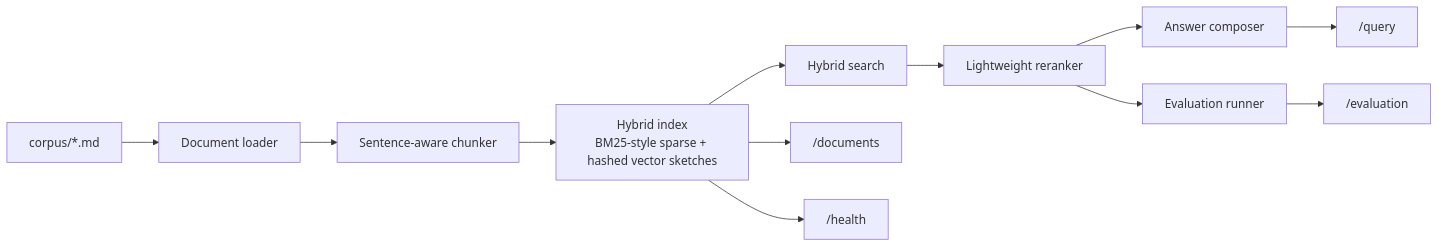
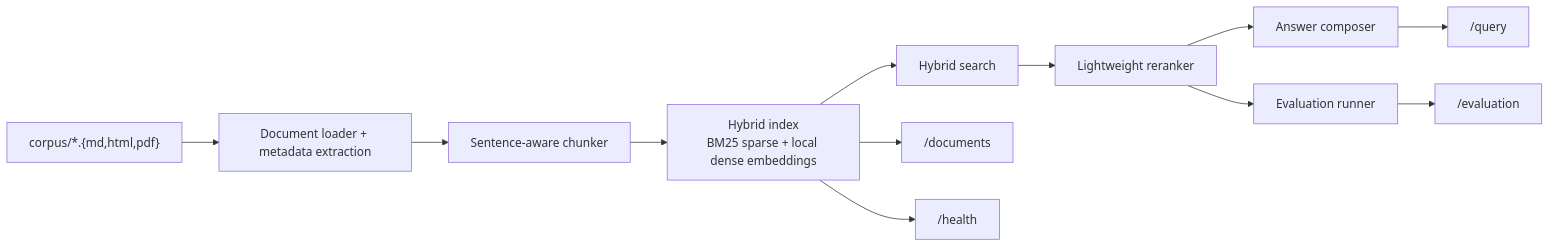
One commit to srn91/rag-ops-platform changed the diagram in README.md. Above: the diagram before and after it, drawn with Mermaid. The commit also changed other lines of this file and 17 other files, not shown here.

Commit message:
Add richer ingestion and local embeddings

````diff
--- a/README.md
+++ b/README.md
@@ -25,14 +26,14 @@
 ```mermaid
 flowchart LR
-    A["corpus/*.md"] --> B["Document loader"]
+    A["corpus/*.{md,html,pdf}"] --> B["Document loader + metadata extraction"]
     B --> C["Sentence-aware chunker"]
-    C --> D["Hybrid index<br/>BM25-style sparse + hashed vector sketches"]
+    C --> D["Hybrid index<br/>BM25 sparse + local dense embeddings"]
     D --> E["Hybrid search"]
     E --> F["Lightweight reranker"]
     F --> G["Answer composer"]
     F --> H["Evaluation runner"]
     G --> I["/query"]
     H --> J["/evaluation"]
     D --> K["/documents"]
     D --> L["/health"]
 ```
````
